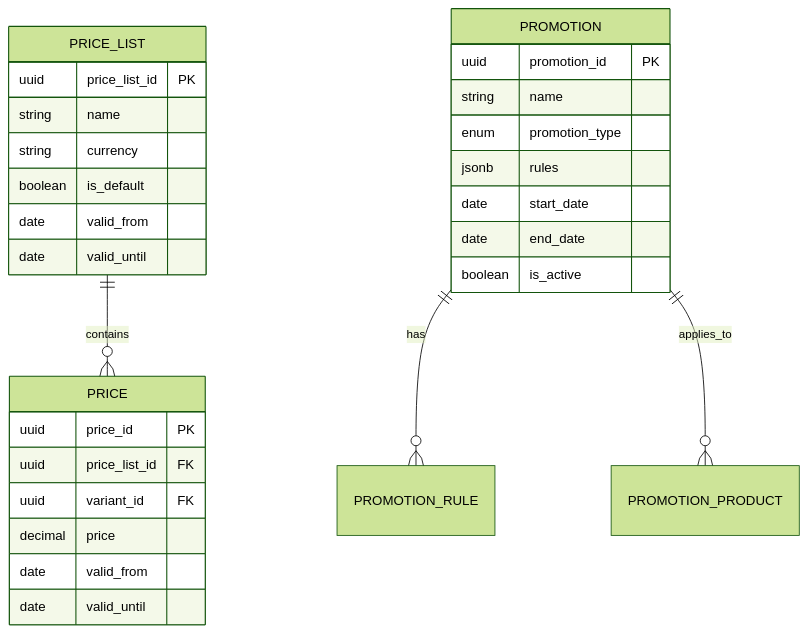
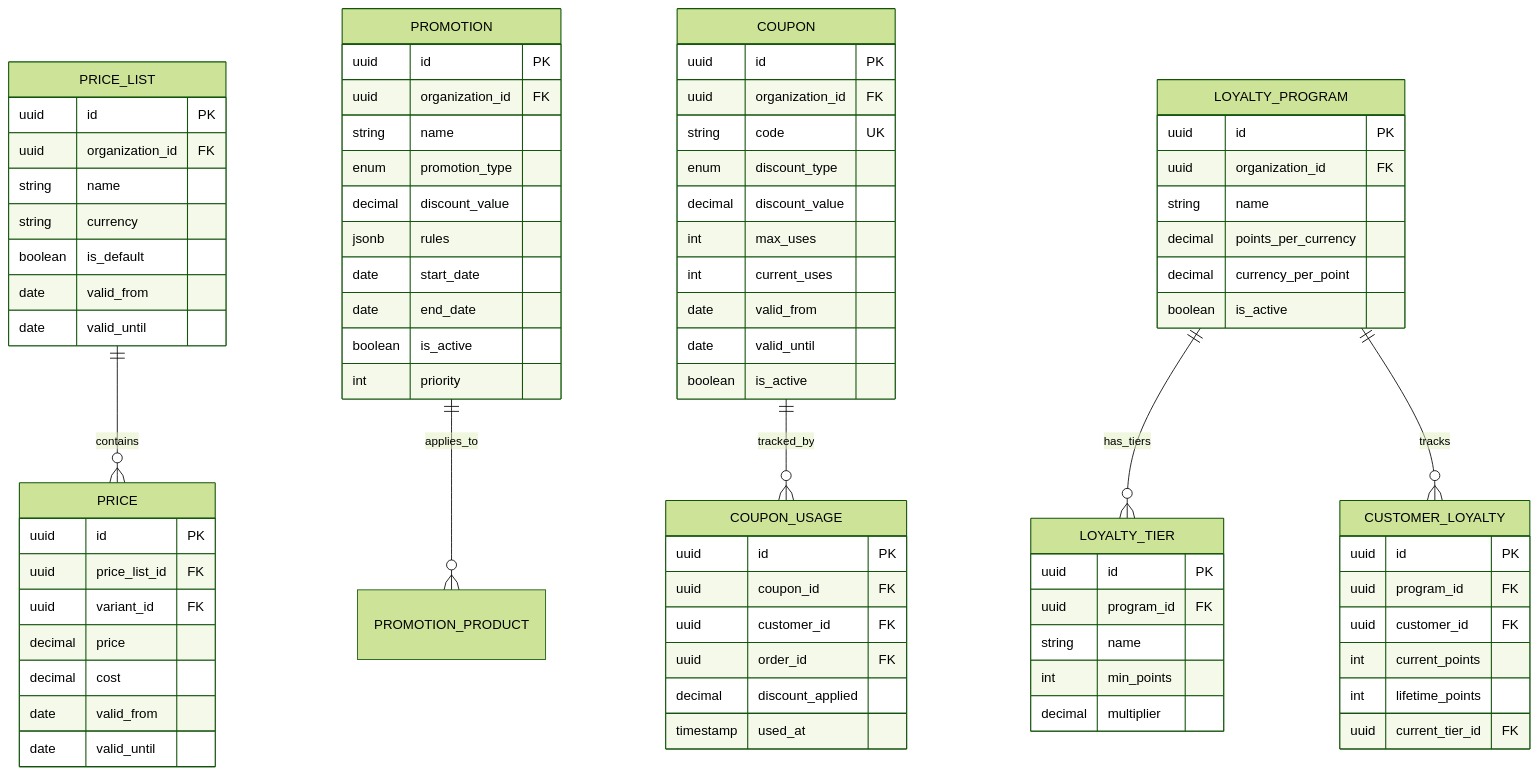
One commit to captainsparrow10/zenlogic changed the diagram in documentacion/docs/02-microservicios/pricing-service/02-modelo-datos.md. Above: the diagram before and after it, drawn with Mermaid (forest theme). The commit also changed other lines of this file and 48 other files, not shown here.

````diff
--- a/documentacion/docs/02-microservicios/pricing-service/02-modelo-datos.md
+++ b/documentacion/docs/02-microservicios/pricing-service/02-modelo-datos.md
@@ -9,11 +9,14 @@
 ```mermaid
 erDiagram
     PRICE_LIST ||--o{ PRICE : contains
-    PROMOTION ||--o{ PROMOTION_RULE : has
     PROMOTION ||--o{ PROMOTION_PRODUCT : applies_to
+    COUPON ||--o{ COUPON_USAGE : tracked_by
+    LOYALTY_PROGRAM ||--o{ LOYALTY_TIER : has_tiers
+    LOYALTY_PROGRAM ||--o{ CUSTOMER_LOYALTY : tracks
 
     PRICE_LIST {
-        uuid price_list_id PK
+        uuid id PK
+        uuid organization_id FK
         string name
         string currency
         boolean is_default
@@ -22,21 +25,73 @@
     }
 
     PRICE {
-        uuid price_id PK
+        uuid id PK
         uuid price_list_id FK
         uuid variant_id FK
         decimal price
+        decimal cost
         date valid_from
         date valid_until
     }
 
     PROMOTION {
-        uuid promotion_id PK
+        uuid id PK
+        uuid organization_id FK
         string name
         enum promotion_type
+        decimal discount_value
         jsonb rules
         date start_date
         date end_date
         boolean is_active
+        int priority
+    }
+
+    COUPON {
+        uuid id PK
+        uuid organization_id FK
+        string code UK
+        enum discount_type
+        decimal discount_value
+        int max_uses
+        int current_uses
+        date valid_from
+        date valid_until
+        boolean is_active
+    }
+
+    COUPON_USAGE {
+        uuid id PK
+        uuid coupon_id FK
+        uuid customer_id FK
+        uuid order_id FK
+        decimal discount_applied
+        timestamp used_at
+    }
+
+    LOYALTY_PROGRAM {
+        uuid id PK
+        uuid organization_id FK
+        string name
+        decimal points_per_currency
+        decimal currency_per_point
+        boolean is_active
+    }
+
+    LOYALTY_TIER {
+        uuid id PK
+        uuid program_id FK
+        string name
+        int min_points
+        decimal multiplier
+    }
+
+    CUSTOMER_LOYALTY {
+        uuid id PK
+        uuid program_id FK
+        uuid customer_id FK
+        int current_points
+        int lifetime_points
+        uuid current_tier_id FK
     }
 ```
````
